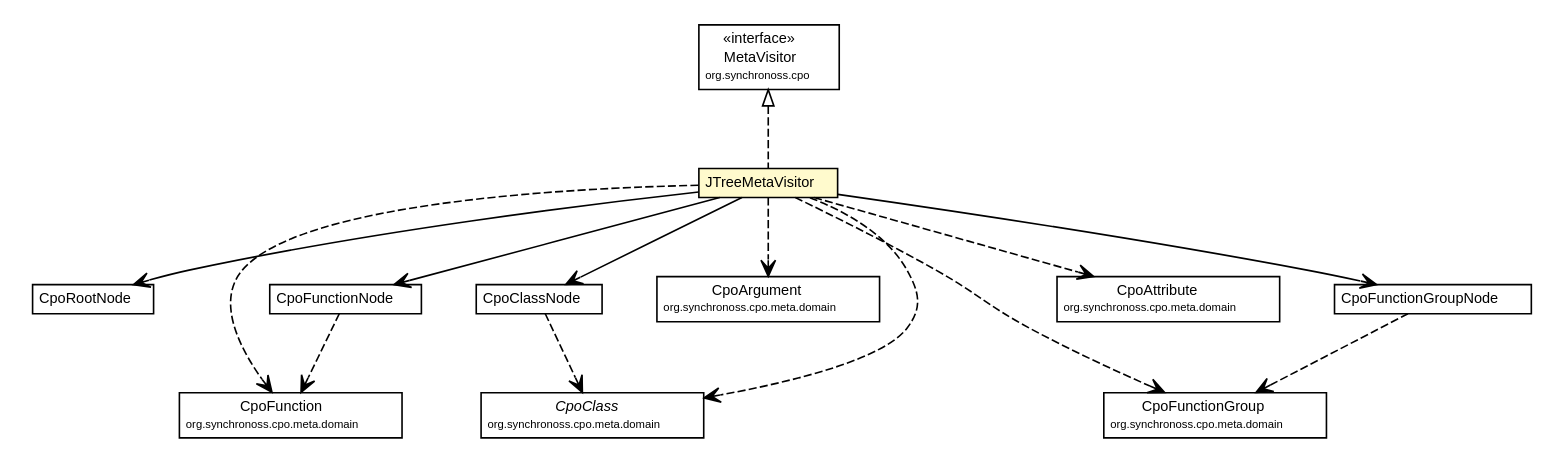
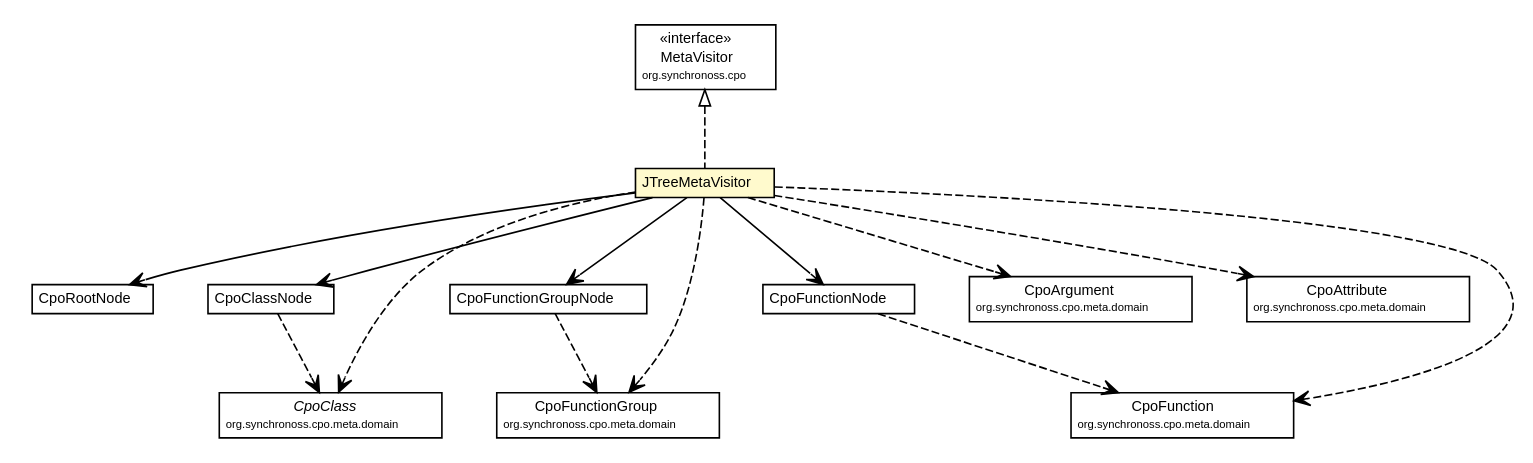
One commit to synchronoss/cpo-util changed the diagram in site/apidocs/org/synchronoss/cpo/util/JTreeMetaVisitor.dot. Above: the diagram before and after it, drawn with Graphviz. The commit also changed 298 other files, not shown here.

Commit message:
Creating site for cpoUtil, 5.1.1-SNAPSHOT

```diff
--- a/site/apidocs/org/synchronoss/cpo/util/JTreeMetaVisitor.dot
+++ b/site/apidocs/org/synchronoss/cpo/util/JTreeMetaVisitor.dot
@@ -1,109 +1,109 @@
 #!/usr/local/bin/dot
 #
 # Class diagram 
 # Generated by UmlGraph version 4.6 (http://www.spinellis.gr/sw/umlgraph)
 #
 
 digraph G {
 	edge [fontname="Helvetica",fontsize=10,labelfontname="Helvetica",labelfontsize=10];
 	node [fontname="Helvetica",fontsize=10,shape=plaintext];
 	// org.synchronoss.cpo.util.JTreeMetaVisitor
 	c1707 [label=<<table border="0" cellborder="1" cellspacing="0" cellpadding="2" port="p" bgcolor="lemonChiffon" href="./JTreeMetaVisitor.html">
 		<tr><td><table border="0" cellspacing="0" cellpadding="1">
 			<tr><td> JTreeMetaVisitor </td></tr>
 		</table></td></tr>
 		</table>>, fontname="Helvetica", fontcolor="black", fontsize=9.0];
 	// org.synchronoss.cpo.util.CpoRootNode
 	c1715 [label=<<table border="0" cellborder="1" cellspacing="0" cellpadding="2" port="p" href="./CpoRootNode.html">
 		<tr><td><table border="0" cellspacing="0" cellpadding="1">
 			<tr><td> CpoRootNode </td></tr>
 		</table></td></tr>
 		</table>>, fontname="Helvetica", fontcolor="black", fontsize=9.0];
 	// org.synchronoss.cpo.util.CpoFunctionNode
 	c1721 [label=<<table border="0" cellborder="1" cellspacing="0" cellpadding="2" port="p" href="./CpoFunctionNode.html">
 		<tr><td><table border="0" cellspacing="0" cellpadding="1">
 			<tr><td> CpoFunctionNode </td></tr>
 		</table></td></tr>
 		</table>>, fontname="Helvetica", fontcolor="black", fontsize=9.0];
 	// org.synchronoss.cpo.util.CpoClassNode
 	c1723 [label=<<table border="0" cellborder="1" cellspacing="0" cellpadding="2" port="p" href="./CpoClassNode.html">
 		<tr><td><table border="0" cellspacing="0" cellpadding="1">
 			<tr><td> CpoClassNode </td></tr>
 		</table></td></tr>
 		</table>>, fontname="Helvetica", fontcolor="black", fontsize=9.0];
 	// org.synchronoss.cpo.util.CpoFunctionGroupNode
 	c1728 [label=<<table border="0" cellborder="1" cellspacing="0" cellpadding="2" port="p" href="./CpoFunctionGroupNode.html">
 		<tr><td><table border="0" cellspacing="0" cellpadding="1">
 			<tr><td> CpoFunctionGroupNode </td></tr>
 		</table></td></tr>
 		</table>>, fontname="Helvetica", fontcolor="black", fontsize=9.0];
 	//org.synchronoss.cpo.util.JTreeMetaVisitor implements org.synchronoss.cpo.MetaVisitor
 	c1764:p -> c1707:p [dir=back,arrowtail=empty,style=dashed];
 	// org.synchronoss.cpo.util.JTreeMetaVisitor NAVASSOC org.synchronoss.cpo.util.CpoRootNode
 	c1707:p -> c1715:p [taillabel="", label="", headlabel="", fontname="Helvetica", fontcolor="black", fontsize=10.0, color="black", arrowhead=open];
 	// org.synchronoss.cpo.util.JTreeMetaVisitor NAVASSOC org.synchronoss.cpo.util.CpoClassNode
 	c1707:p -> c1723:p [taillabel="", label="", headlabel="", fontname="Helvetica", fontcolor="black", fontsize=10.0, color="black", arrowhead=open];
 	// org.synchronoss.cpo.util.JTreeMetaVisitor NAVASSOC org.synchronoss.cpo.util.CpoFunctionGroupNode
 	c1707:p -> c1728:p [taillabel="", label="", headlabel="", fontname="Helvetica", fontcolor="black", fontsize=10.0, color="black", arrowhead=open];
 	// org.synchronoss.cpo.util.JTreeMetaVisitor NAVASSOC org.synchronoss.cpo.util.CpoFunctionNode
 	c1707:p -> c1721:p [taillabel="", label="", headlabel="", fontname="Helvetica", fontcolor="black", fontsize=10.0, color="black", arrowhead=open];
+	// org.synchronoss.cpo.util.JTreeMetaVisitor DEPEND org.synchronoss.cpo.meta.domain.CpoFunctionGroup
+	c1707:p -> c1766:p [taillabel="", label="", headlabel="", fontname="Helvetica", fontcolor="black", fontsize=10.0, color="black", arrowhead=open, style=dashed];
+	// org.synchronoss.cpo.util.JTreeMetaVisitor DEPEND org.synchronoss.cpo.meta.domain.CpoClass
+	c1707:p -> c1767:p [taillabel="", label="", headlabel="", fontname="Helvetica", fontcolor="black", fontsize=10.0, color="black", arrowhead=open, style=dashed];
 	// org.synchronoss.cpo.util.JTreeMetaVisitor DEPEND org.synchronoss.cpo.meta.domain.CpoArgument
-	c1707:p -> c1765:p [taillabel="", label="", headlabel="", fontname="Helvetica", fontcolor="black", fontsize=10.0, color="black", arrowhead=open, style=dashed];
-	// org.synchronoss.cpo.util.JTreeMetaVisitor DEPEND org.synchronoss.cpo.meta.domain.CpoClass
-	c1707:p -> c1766:p [taillabel="", label="", headlabel="", fontname="Helvetica", fontcolor="black", fontsize=10.0, color="black", arrowhead=open, style=dashed];
+	c1707:p -> c1768:p [taillabel="", label="", headlabel="", fontname="Helvetica", fontcolor="black", fontsize=10.0, color="black", arrowhead=open, style=dashed];
+	// org.synchronoss.cpo.util.JTreeMetaVisitor DEPEND org.synchronoss.cpo.meta.domain.CpoAttribute
+	c1707:p -> c1769:p [taillabel="", label="", headlabel="", fontname="Helvetica", fontcolor="black", fontsize=10.0, color="black", arrowhead=open, style=dashed];
 	// org.synchronoss.cpo.util.JTreeMetaVisitor DEPEND org.synchronoss.cpo.meta.domain.CpoFunction
-	c1707:p -> c1767:p [taillabel="", label="", headlabel="", fontname="Helvetica", fontcolor="black", fontsize=10.0, color="black", arrowhead=open, style=dashed];
-	// org.synchronoss.cpo.util.JTreeMetaVisitor DEPEND org.synchronoss.cpo.meta.domain.CpoAttribute
-	c1707:p -> c1768:p [taillabel="", label="", headlabel="", fontname="Helvetica", fontcolor="black", fontsize=10.0, color="black", arrowhead=open, style=dashed];
-	// org.synchronoss.cpo.util.JTreeMetaVisitor DEPEND org.synchronoss.cpo.meta.domain.CpoFunctionGroup
 	c1707:p -> c1770:p [taillabel="", label="", headlabel="", fontname="Helvetica", fontcolor="black", fontsize=10.0, color="black", arrowhead=open, style=dashed];
 	// org.synchronoss.cpo.util.CpoFunctionNode DEPEND org.synchronoss.cpo.meta.domain.CpoFunction
-	c1721:p -> c1767:p [taillabel="", label="", headlabel="", fontname="Helvetica", fontcolor="black", fontsize=10.0, color="black", arrowhead=open, style=dashed];
+	c1721:p -> c1770:p [taillabel="", label="", headlabel="", fontname="Helvetica", fontcolor="black", fontsize=10.0, color="black", arrowhead=open, style=dashed];
 	// org.synchronoss.cpo.util.CpoClassNode DEPEND org.synchronoss.cpo.meta.domain.CpoClass
-	c1723:p -> c1766:p [taillabel="", label="", headlabel="", fontname="Helvetica", fontcolor="black", fontsize=10.0, color="black", arrowhead=open, style=dashed];
+	c1723:p -> c1767:p [taillabel="", label="", headlabel="", fontname="Helvetica", fontcolor="black", fontsize=10.0, color="black", arrowhead=open, style=dashed];
 	// org.synchronoss.cpo.util.CpoFunctionGroupNode DEPEND org.synchronoss.cpo.meta.domain.CpoFunctionGroup
-	c1728:p -> c1770:p [taillabel="", label="", headlabel="", fontname="Helvetica", fontcolor="black", fontsize=10.0, color="black", arrowhead=open, style=dashed];
+	c1728:p -> c1766:p [taillabel="", label="", headlabel="", fontname="Helvetica", fontcolor="black", fontsize=10.0, color="black", arrowhead=open, style=dashed];
 	// org.synchronoss.cpo.meta.domain.CpoClass
-	c1766 [label=<<table border="0" cellborder="1" cellspacing="0" cellpadding="2" port="p" href="http://java.sun.com/j2se/1.4.2/docs/api/org/synchronoss/cpo/meta/domain/CpoClass.html">
+	c1767 [label=<<table border="0" cellborder="1" cellspacing="0" cellpadding="2" port="p" href="http://java.sun.com/j2se/1.4.2/docs/api/org/synchronoss/cpo/meta/domain/CpoClass.html">
 		<tr><td><table border="0" cellspacing="0" cellpadding="1">
 			<tr><td><font face="Helvetica-Oblique"> CpoClass </font></td></tr>
 			<tr><td><font point-size="7.0"> org.synchronoss.cpo.meta.domain </font></td></tr>
 		</table></td></tr>
 		</table>>, fontname="Helvetica", fontcolor="black", fontsize=9.0];
 	// org.synchronoss.cpo.meta.domain.CpoArgument
-	c1765 [label=<<table border="0" cellborder="1" cellspacing="0" cellpadding="2" port="p" href="http://java.sun.com/j2se/1.4.2/docs/api/org/synchronoss/cpo/meta/domain/CpoArgument.html">
+	c1768 [label=<<table border="0" cellborder="1" cellspacing="0" cellpadding="2" port="p" href="http://java.sun.com/j2se/1.4.2/docs/api/org/synchronoss/cpo/meta/domain/CpoArgument.html">
 		<tr><td><table border="0" cellspacing="0" cellpadding="1">
 			<tr><td> CpoArgument </td></tr>
 			<tr><td><font point-size="7.0"> org.synchronoss.cpo.meta.domain </font></td></tr>
 		</table></td></tr>
 		</table>>, fontname="Helvetica", fontcolor="black", fontsize=9.0];
 	// org.synchronoss.cpo.meta.domain.CpoAttribute
-	c1768 [label=<<table border="0" cellborder="1" cellspacing="0" cellpadding="2" port="p" href="http://java.sun.com/j2se/1.4.2/docs/api/org/synchronoss/cpo/meta/domain/CpoAttribute.html">
+	c1769 [label=<<table border="0" cellborder="1" cellspacing="0" cellpadding="2" port="p" href="http://java.sun.com/j2se/1.4.2/docs/api/org/synchronoss/cpo/meta/domain/CpoAttribute.html">
 		<tr><td><table border="0" cellspacing="0" cellpadding="1">
 			<tr><td> CpoAttribute </td></tr>
 			<tr><td><font point-size="7.0"> org.synchronoss.cpo.meta.domain </font></td></tr>
 		</table></td></tr>
 		</table>>, fontname="Helvetica", fontcolor="black", fontsize=9.0];
 	// org.synchronoss.cpo.meta.domain.CpoFunction
-	c1767 [label=<<table border="0" cellborder="1" cellspacing="0" cellpadding="2" port="p" href="http://java.sun.com/j2se/1.4.2/docs/api/org/synchronoss/cpo/meta/domain/CpoFunction.html">
+	c1770 [label=<<table border="0" cellborder="1" cellspacing="0" cellpadding="2" port="p" href="http://java.sun.com/j2se/1.4.2/docs/api/org/synchronoss/cpo/meta/domain/CpoFunction.html">
 		<tr><td><table border="0" cellspacing="0" cellpadding="1">
 			<tr><td> CpoFunction </td></tr>
 			<tr><td><font point-size="7.0"> org.synchronoss.cpo.meta.domain </font></td></tr>
 		</table></td></tr>
 		</table>>, fontname="Helvetica", fontcolor="black", fontsize=9.0];
 	// org.synchronoss.cpo.meta.domain.CpoFunctionGroup
-	c1770 [label=<<table border="0" cellborder="1" cellspacing="0" cellpadding="2" port="p" href="http://java.sun.com/j2se/1.4.2/docs/api/org/synchronoss/cpo/meta/domain/CpoFunctionGroup.html">
+	c1766 [label=<<table border="0" cellborder="1" cellspacing="0" cellpadding="2" port="p" href="http://java.sun.com/j2se/1.4.2/docs/api/org/synchronoss/cpo/meta/domain/CpoFunctionGroup.html">
 		<tr><td><table border="0" cellspacing="0" cellpadding="1">
 			<tr><td> CpoFunctionGroup </td></tr>
 			<tr><td><font point-size="7.0"> org.synchronoss.cpo.meta.domain </font></td></tr>
 		</table></td></tr>
 		</table>>, fontname="Helvetica", fontcolor="black", fontsize=9.0];
 	// org.synchronoss.cpo.MetaVisitor
 	c1764 [label=<<table border="0" cellborder="1" cellspacing="0" cellpadding="2" port="p" href="http://java.sun.com/j2se/1.4.2/docs/api/org/synchronoss/cpo/MetaVisitor.html">
 		<tr><td><table border="0" cellspacing="0" cellpadding="1">
 			<tr><td> &laquo;interface&raquo; </td></tr>
 			<tr><td> MetaVisitor </td></tr>
 			<tr><td><font point-size="7.0"> org.synchronoss.cpo </font></td></tr>
 		</table></td></tr>
 		</table>>, fontname="Helvetica", fontcolor="black", fontsize=9.0];
 }
```
